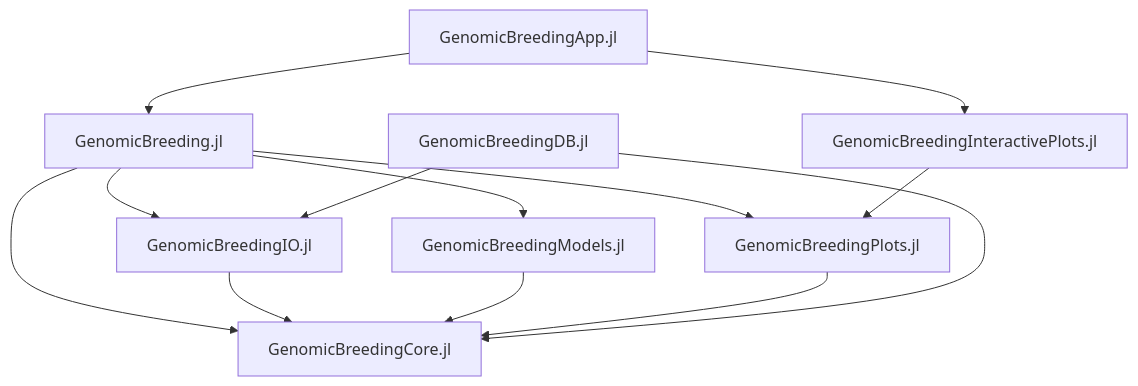
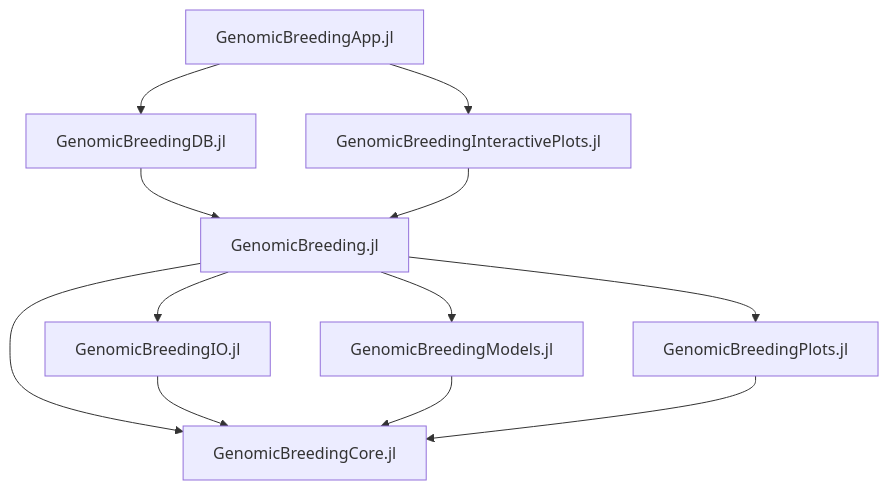
The diagram in profile/README.md (GenomicBreeding/.github), drawn with Mermaid before and after one commit.

Commit message:
Update README.md to reflect new module dependencies

````diff
--- a/profile/README.md
+++ b/profile/README.md
@@ -20,15 +20,14 @@
 ```mermaid
 flowchart TB
     Workflow[GenomicBreeding.jl] --> Core[GenomicBreedingCore.jl]
     Workflow --> IO[GenomicBreedingIO.jl]
     Workflow --> Models[GenomicBreedingModels.jl]
     Workflow --> Plots[GenomicBreedingPlots.jl]
     IO --> Core
     Models --> Core
     Plots --> Core
-    DB[GenomicBreedingDB.jl] --> Core
-    DB --> IO
-    IPlots[GenomicBreedingInteractivePlots.jl] --> Plots
-    App[GenomicBreedingApp.jl] --> Workflow
+    DB[GenomicBreedingDB.jl] --> Workflow
+    IPlots[GenomicBreedingInteractivePlots.jl] --> Workflow
+    App[GenomicBreedingApp.jl] --> DB
     App --> IPlots
 ```
````
